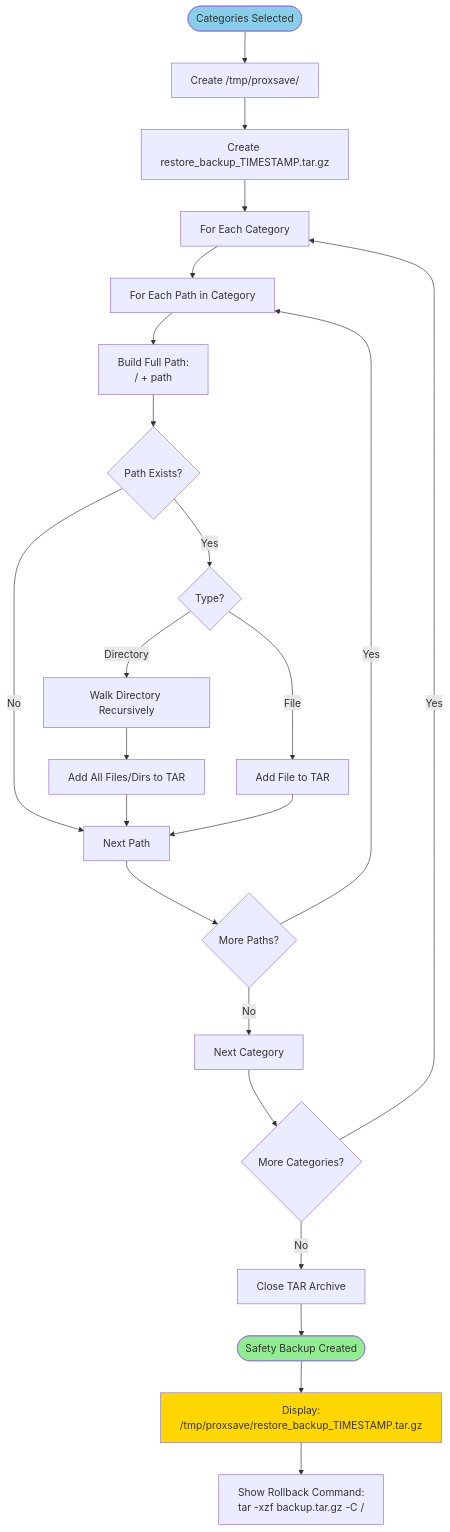
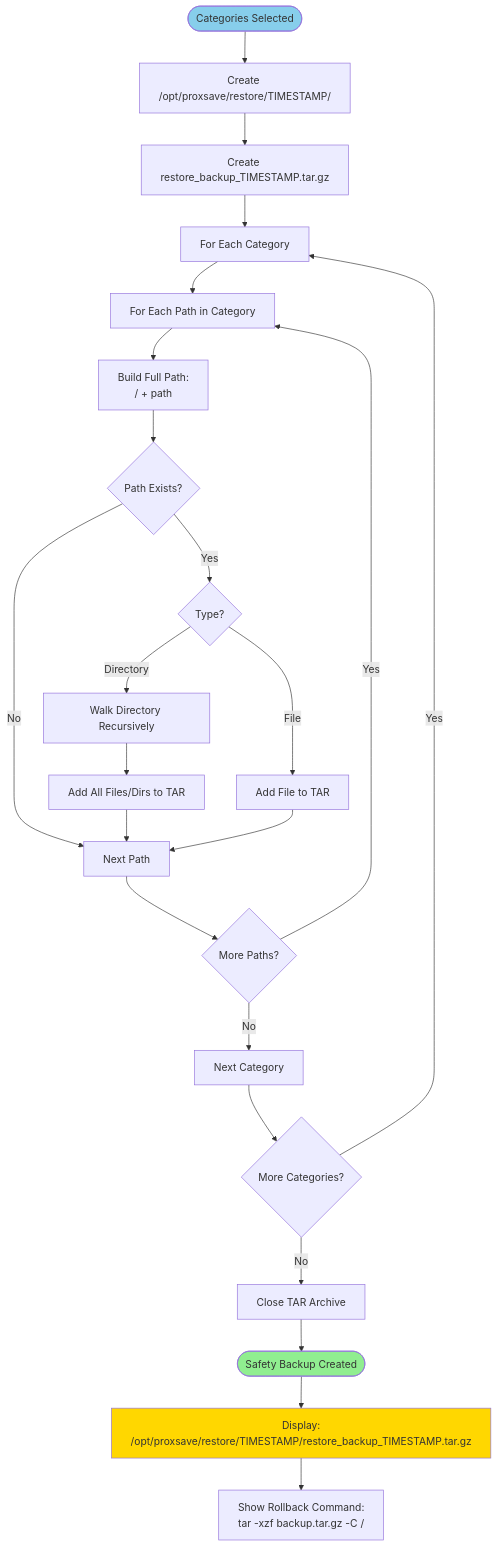
Before and after one commit to tis24dev/proxsave: the ninth of 13 diagrams in docs/RESTORE_DIAGRAMS.md, drawn with Mermaid. The commit also changed other lines of this file and 175 other files, not shown here.

````diff
--- a/docs/RESTORE_DIAGRAMS.md
+++ b/docs/RESTORE_DIAGRAMS.md
@@ -500,36 +527,36 @@
 ```mermaid
 flowchart TD
-    Start([Categories Selected]) --> CreatePath[Create /tmp/proxsave/]
+    Start([Categories Selected]) --> CreatePath[Create /opt/proxsave/restore/TIMESTAMP/]
     CreatePath --> CreateArchive[Create restore_backup_TIMESTAMP.tar.gz]
     CreateArchive --> LoopCats[For Each Category]
 
     LoopCats --> LoopPaths[For Each Path in Category]
     LoopPaths --> BuildFull["Build Full Path:<br/>/ + path"]
     BuildFull --> CheckExists{Path Exists?}
 
     CheckExists -->|No| NextPath[Next Path]
     CheckExists -->|Yes| CheckType{Type?}
 
     CheckType -->|File| BackupFile[Add File to TAR]
     CheckType -->|Directory| WalkDir[Walk Directory Recursively]
 
     WalkDir --> BackupTree[Add All Files/Dirs to TAR]
     BackupTree --> NextPath
     BackupFile --> NextPath
 
     NextPath --> MorePaths{More Paths?}
     MorePaths -->|Yes| LoopPaths
     MorePaths -->|No| NextCat[Next Category]
 
     NextCat --> MoreCats{More Categories?}
     MoreCats -->|Yes| LoopCats
     MoreCats -->|No| CloseTar[Close TAR Archive]
 
     CloseTar --> Success([Safety Backup Created])
-    Success --> DisplayPath["Display:<br/>/tmp/proxsave/restore_backup_TIMESTAMP.tar.gz"]
+    Success --> DisplayPath["Display:<br/>/opt/proxsave/restore/TIMESTAMP/restore_backup_TIMESTAMP.tar.gz"]
     DisplayPath --> Rollback["Show Rollback Command:<br/>tar -xzf backup.tar.gz -C /"]
 
     style Start fill:#87CEEB
     style Success fill:#90EE90
     style DisplayPath fill:#FFD700
 ```
````
